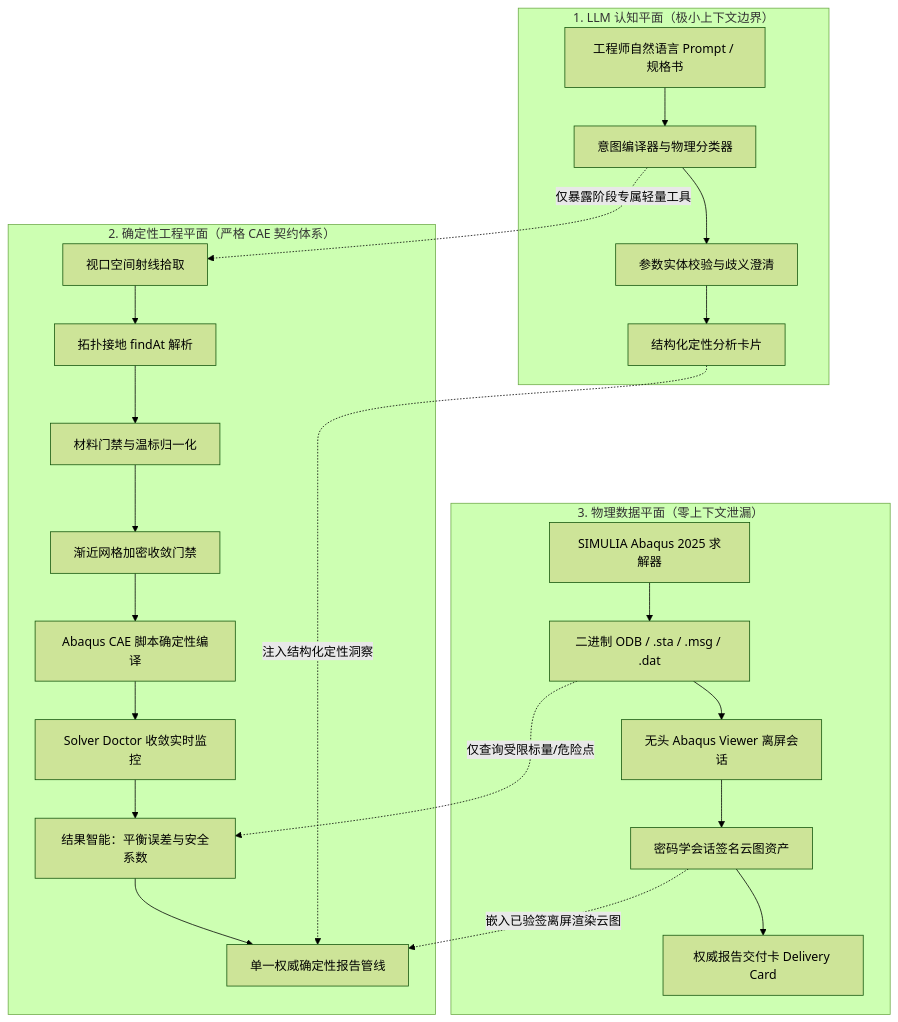
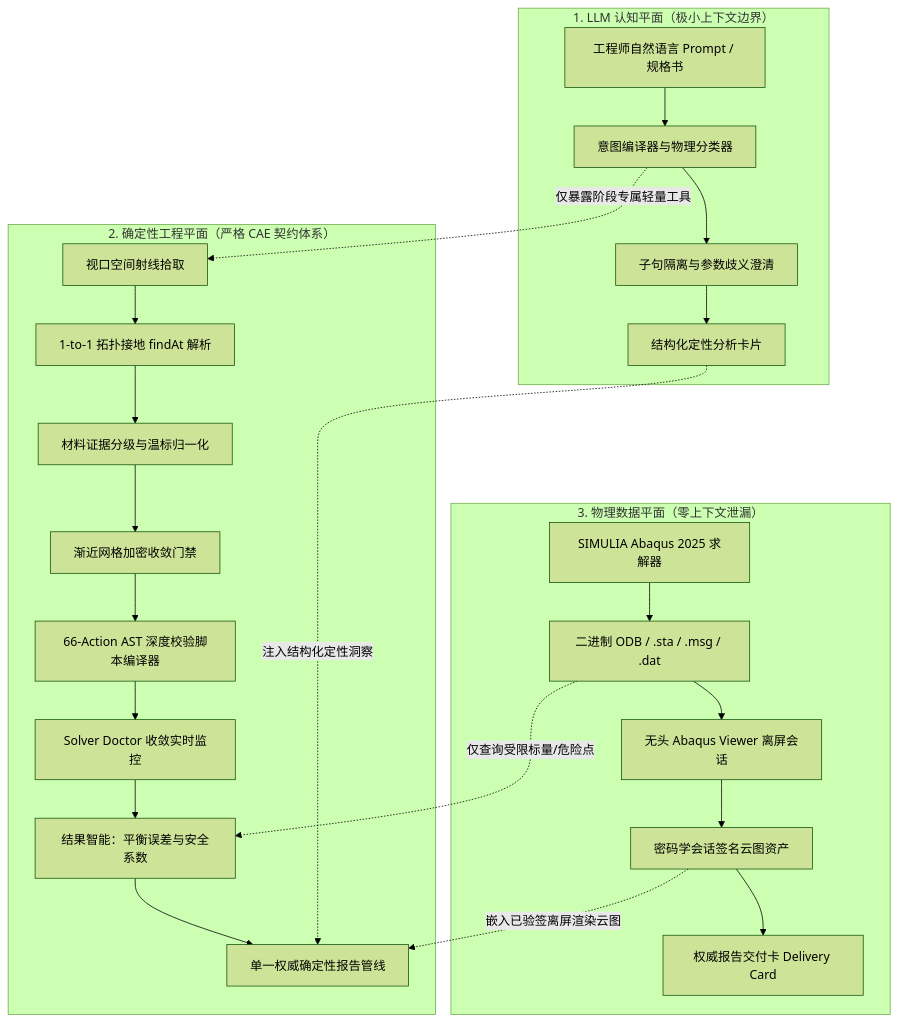
One commit to chenlei-gh/Abaqus-AI-Agent changed the second of 2 diagrams in README_CN.md. Above: the diagram before and after it, drawn with Mermaid (forest theme). The commit also changed other lines of this file and 1 other file, not shown here.

````diff
--- a/README_CN.md
+++ b/README_CN.md
@@ -66,30 +67,30 @@
 ```mermaid
 flowchart TD
     subgraph Cognitive_Plane["1. LLM 认知平面（极小上下文边界）"]
         A[工程师自然语言 Prompt / 规格书] --> B[意图编译器与物理分类器]
-        B --> C[参数实体校验与歧义澄清]
+        B --> C[子句隔离与参数歧义澄清]
         C --> D[结构化定性分析卡片]
     end
 
     subgraph Engineering_Plane["2. 确定性工程平面（严格 CAE 契约体系）"]
-        E[视口空间射线拾取] --> F[拓扑接地 findAt 解析]
-        F --> G[材料门禁与温标归一化]
+        E[视口空间射线拾取] --> F[1-to-1 拓扑接地 findAt 解析]
+        F --> G[材料证据分级与温标归一化]
         G --> H[渐近网格加密收敛门禁]
-        H --> I[Abaqus CAE 脚本确定性编译]
+        H --> I[66-Action AST 深度校验脚本编译器]
         I --> J[Solver Doctor 收敛实时监控]
         J --> K[结果智能：平衡误差与安全系数]
         K --> L[单一权威确定性报告管线]
     end
 
     subgraph Data_Plane["3. 物理数据平面（零上下文泄漏）"]
         M[SIMULIA Abaqus 2025 求解器] --> N[二进制 ODB / .sta / .msg / .dat]
         N --> O[无头 Abaqus Viewer 离屏会话]
         O --> P[密码学会话签名云图资产]
         P --> Q[权威报告交付卡 Delivery Card]
     end
 
     B -.->|仅暴露阶段专属轻量工具| E
     D -.->|注入结构化定性洞察| L
     N -.->|仅查询受限标量/危险点| K
     P -.->|嵌入已验签离屏渲染云图| L
 ```
````
